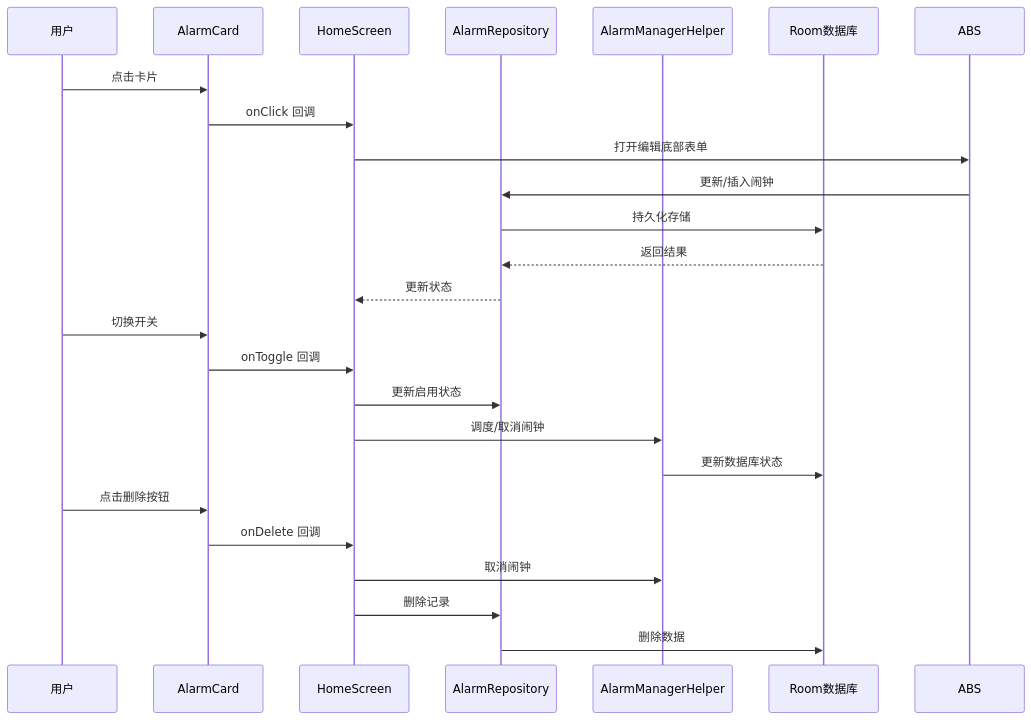
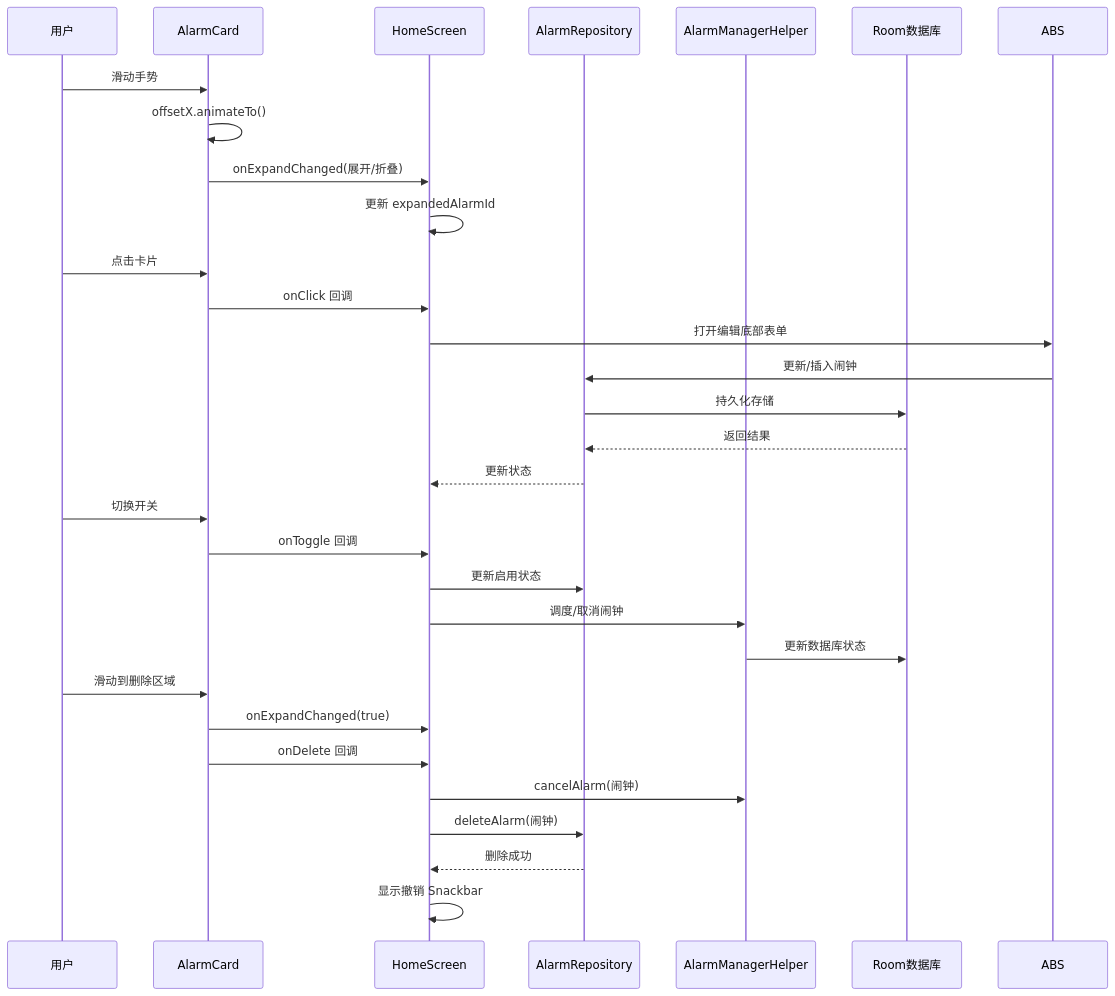
One commit to snuabar/Clock changed the second of 7 diagrams in .qoder/repowiki/zh/content/UI组件/AlarmCard 闹钟卡片.md. Above: the diagram before and after it, drawn with Mermaid. The commit also changed other lines of this file and 3 other files, not shown here.

````diff
--- a/.qoder/repowiki/zh/content/UI组件/AlarmCard 闹钟卡片.md
+++ b/.qoder/repowiki/zh/content/UI组件/AlarmCard 闹钟卡片.md
@@ -113,26 +141,32 @@
 ```mermaid
 sequenceDiagram
 participant User as 用户
 participant AC as AlarmCard
 participant HS as HomeScreen
 participant AR as AlarmRepository
 participant AMH as AlarmManagerHelper
 participant DB as Room数据库
+User->>AC : 滑动手势
+AC->>AC : offsetX.animateTo()
+AC->>HS : onExpandChanged(展开/折叠)
+HS->>HS : 更新 expandedAlarmId
 User->>AC : 点击卡片
 AC->>HS : onClick 回调
 HS->>ABS : 打开编辑底部表单
 ABS->>AR : 更新/插入闹钟
 AR->>DB : 持久化存储
 DB-->>AR : 返回结果
 AR-->>HS : 更新状态
 User->>AC : 切换开关
 AC->>HS : onToggle 回调
 HS->>AR : 更新启用状态
 HS->>AMH : 调度/取消闹钟
 AMH->>DB : 更新数据库状态
-User->>AC : 点击删除按钮
+User->>AC : 滑动到删除区域
+AC->>HS : onExpandChanged(true)
 AC->>HS : onDelete 回调
-HS->>AMH : 取消闹钟
-HS->>AR : 删除记录
-AR->>DB : 删除数据
+HS->>AMH : cancelAlarm(闹钟)
+HS->>AR : deleteAlarm(闹钟)
+AR-->>HS : 删除成功
+HS->>HS : 显示撤销 Snackbar
 ```
````
